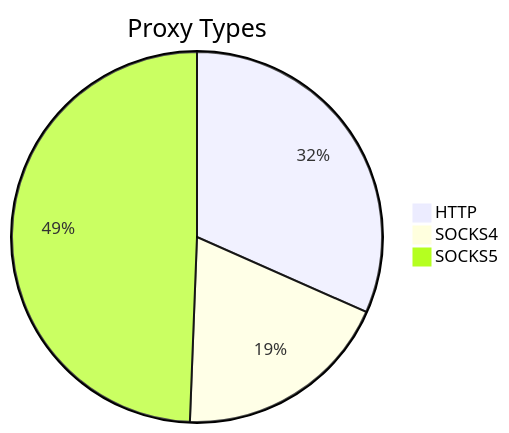
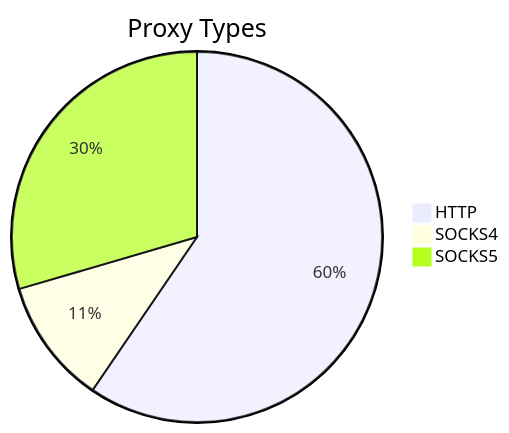
The first of 2 diagrams in README.md (stormsia/proxy-list), drawn with Mermaid before and after one commit. The commit also changed other lines of this file, not shown here.

````diff
--- a/README.md
+++ b/README.md
@@ -21,6 +21,6 @@
 ```mermaid
 pie title Proxy Types
-    "HTTP" : 155
-    "SOCKS4" : 93
-    "SOCKS5" : 242
+    "HTTP" : 125
+    "SOCKS4" : 23
+    "SOCKS5" : 62
 ```
````
